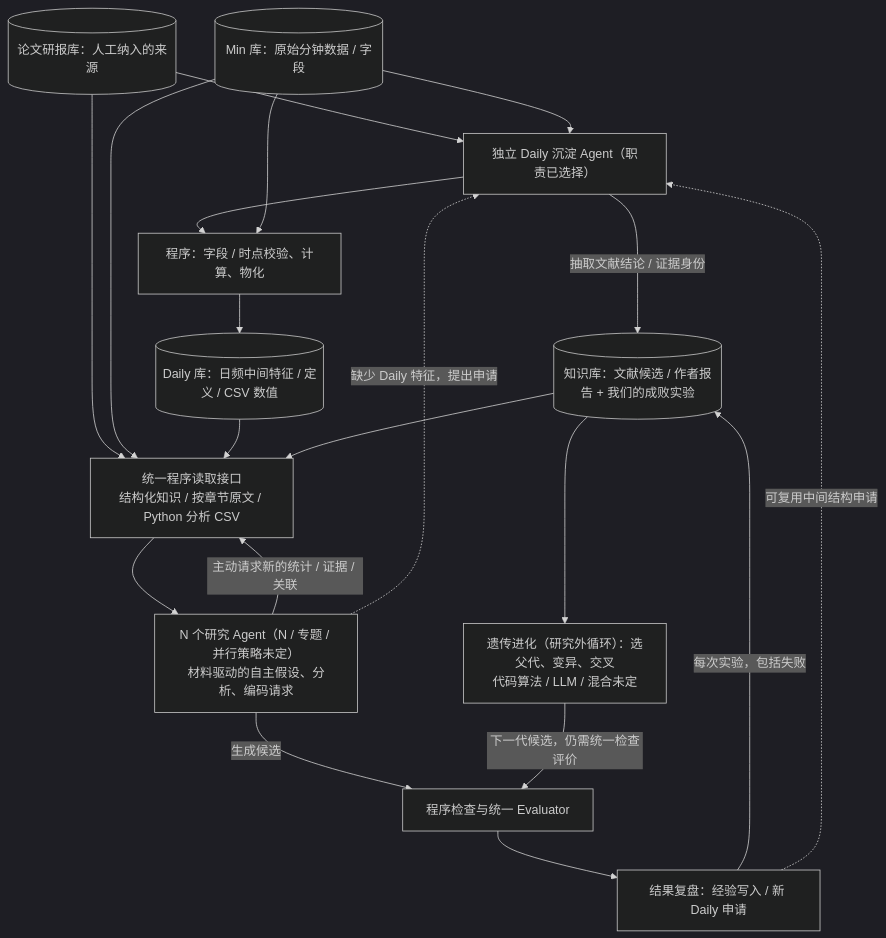
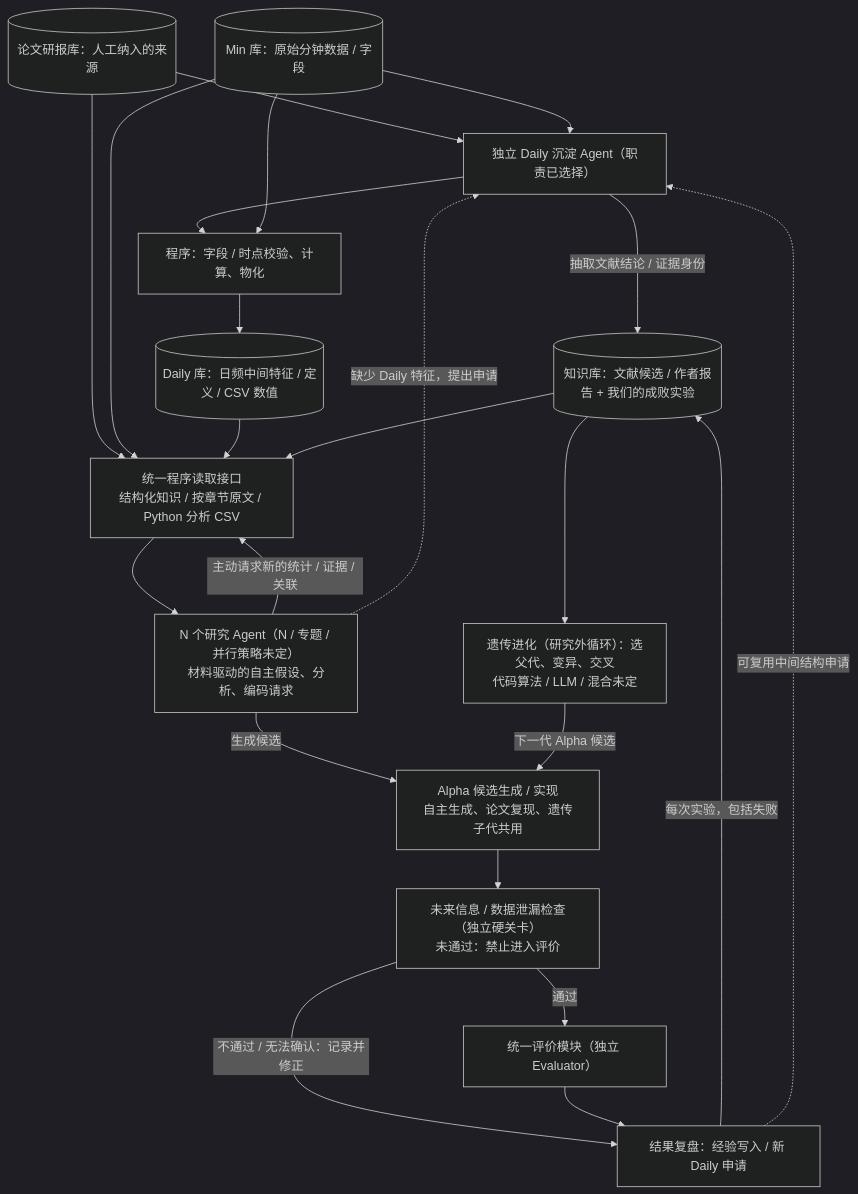
The diagram in architecture/research_loop_inputs_draft/README.md (epshoron/JXwork), drawn with Mermaid (dark theme) before and after one commit. The commit also changed other lines of this file, not shown here.

Commit message:
docs(research): add independent lookahead-leakage gate before evaluator in module-level skeleton

````diff
--- a/architecture/research_loop_inputs_draft/README.md
+++ b/architecture/research_loop_inputs_draft/README.md
@@ -7,35 +7,40 @@
 ```mermaid
 flowchart TB
     M[("Min 库：原始分钟数据 / 字段")]
     P[("论文研报库：人工纳入的来源")]
     D[("Daily 库：日频中间特征 / 定义 / CSV 数值")]
     K[("知识库：文献候选 / 作者报告 + 我们的成败实验")]
     CA["独立 Daily 沉淀 Agent（职责已选择）"]
     EX["程序：字段 / 时点校验、计算、物化"]
     CTX["统一程序读取接口<br/>结构化知识 / 按章节原文 / Python 分析 CSV"]
     RA["N 个研究 Agent（N / 专题 / 并行策略未定）<br/>材料驱动的自主假设、分析、编码请求"]
-    EV["程序检查与统一 Evaluator"]
+    F["Alpha 候选生成 / 实现<br/>自主生成、论文复现、遗传子代共用"]
+    L["未来信息 / 数据泄漏检查（独立硬关卡）<br/>未通过：禁止进入评价"]
+    EV["统一评价模块（独立 Evaluator）"]
     REV["结果复盘：经验写入 / 新 Daily 申请"]
     GA["遗传进化（研究外循环）：选父代、变异、交叉<br/>代码算法 / LLM / 混合未定"]
 
     P --> CA
     M --> CA
     CA -- "抽取文献结论 / 证据身份" --> K
     CA --> EX
     M --> EX
     EX --> D
 
     P --> CTX
     M --> CTX
     D --> CTX
     K --> CTX
     CTX --> RA
     RA -- "主动请求新的统计 / 证据 / 关联" --> CTX
-    RA -- "生成候选" --> EV
+    RA -- "生成候选" --> F
+    F --> L
+    L -- "通过" --> EV
+    L -- "不通过 / 无法确认：记录并修正" --> REV
     EV --> REV
     REV -- "每次实验，包括失败" --> K
     REV -. "可复用中间结构申请" .-> CA
     RA -. "缺少 Daily 特征，提出申请" .-> CA
     K --> GA
-    GA -- "下一代候选，仍需统一检查评价" --> EV
+    GA -- "下一代 Alpha 候选" --> F
 ```
````
